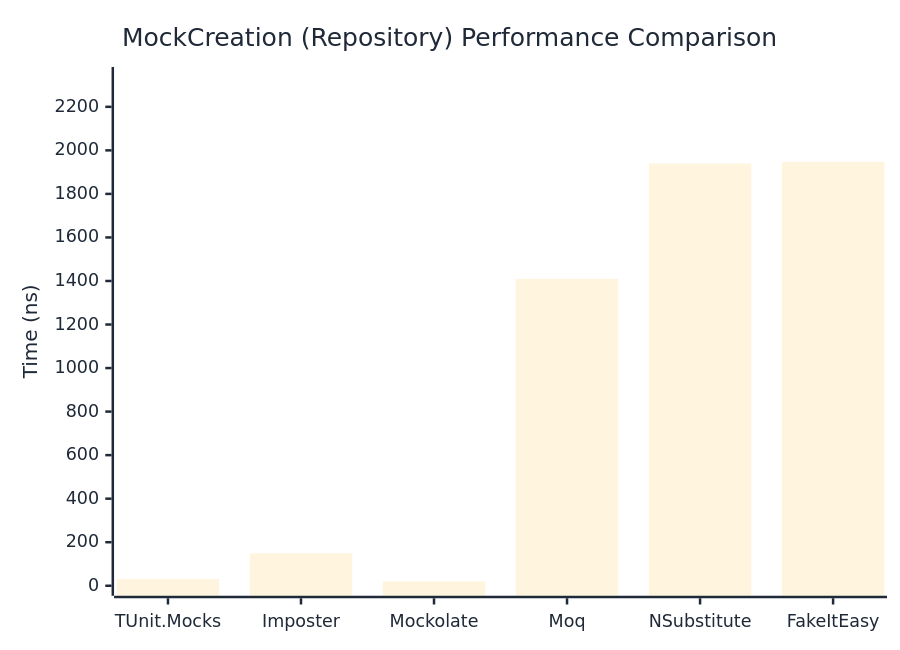
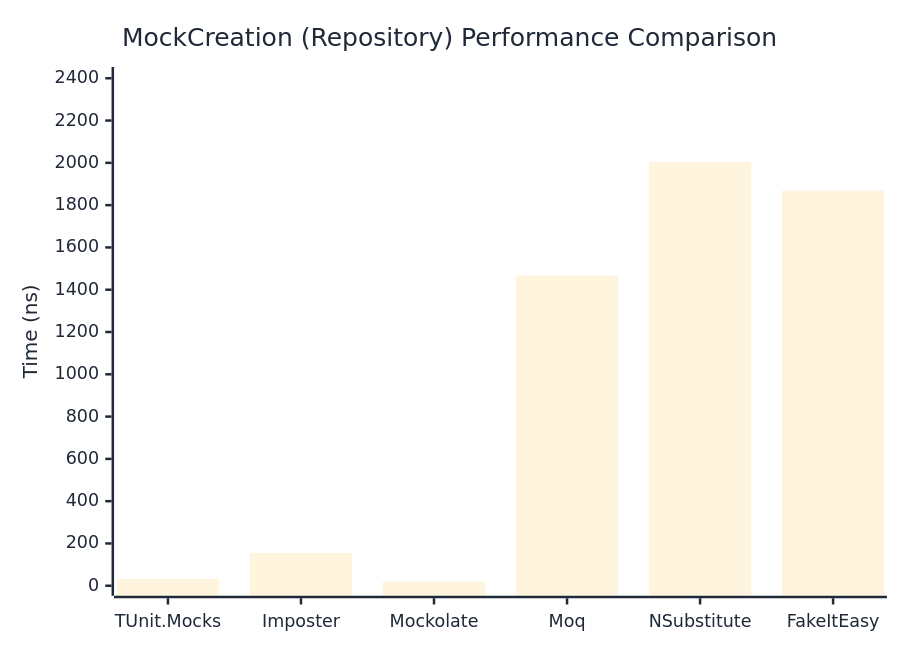
The second of 2 diagrams in docs/docs/benchmarks/mocks/MockCreation.md (thomhurst/TUnit), drawn with Mermaid before and after one commit. The commit also changed other lines of this file and 14 other files, not shown here.

````diff
--- a/docs/docs/benchmarks/mocks/MockCreation.md
+++ b/docs/docs/benchmarks/mocks/MockCreation.md
@@ -71,27 +71,27 @@
 ```mermaid
 %%{init: {
   'theme':'base',
   'themeVariables': {
     'primaryColor': '#2563eb',
     'primaryTextColor': '#1f2937',
     'primaryBorderColor': '#1e40af',
     'lineColor': '#6b7280',
     'secondaryColor': '#7c3aed',
     'tertiaryColor': '#dc2626',
     'background': '#ffffff',
     'pie1': '#2563eb',
     'pie2': '#7c3aed',
     'pie3': '#dc2626',
     'pie4': '#f59e0b',
     'pie5': '#10b981',
     'pie6': '#06b6d4',
     'pie7': '#ec4899',
     'pie8': '#6366f1'
   }
 }}%%
 xychart-beta
   title "MockCreation (Repository) Performance Comparison"
   x-axis ["TUnit.Mocks", "Imposter", "Mockolate", "Moq", "NSubstitute", "FakeItEasy"]
-  y-axis "Time (ns)" 0 --> 2337
-  bar [30.46, 148.65, 19.78, 1410.04, 1939.61, 1947.04]
+  y-axis "Time (ns)" 0 --> 2406
+  bar [32.45, 155.17, 19.52, 1467.38, 2004.77, 1868.97]
 ```
````
